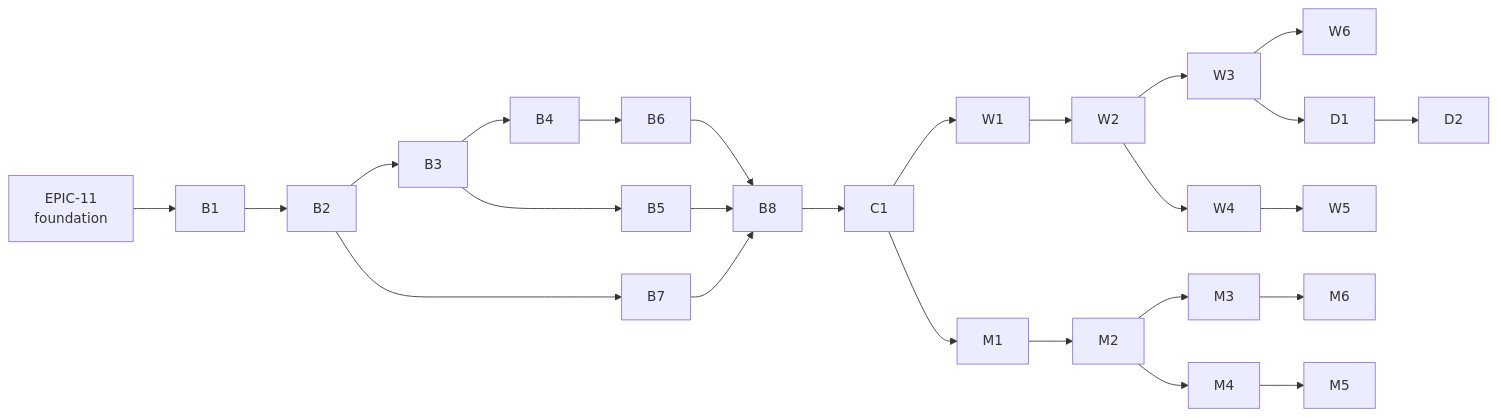
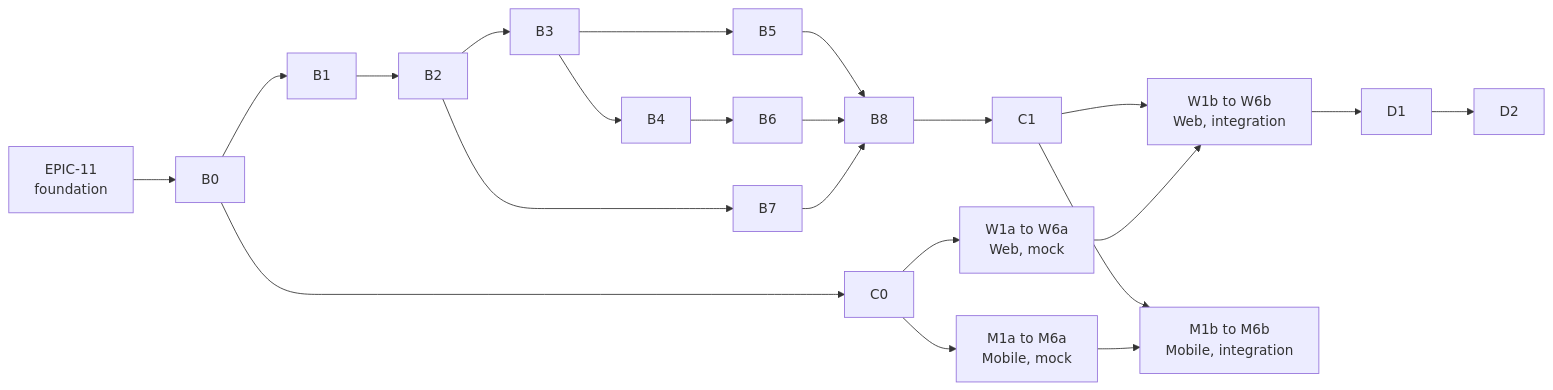
Before and after one commit to huynguyennang-agilityio/tripmate-docs: the third of 3 diagrams in docs/specs/epic-01/spec.md, drawn with Mermaid. The commit also changed other lines of this file and 3 other files, not shown here.

First line of the commit message:
EPIC-01 spec v1.1: mock and integration cards so FE and BE run in parallel

````diff
--- a/docs/specs/epic-01/spec.md
+++ b/docs/specs/epic-01/spec.md
@@ -220,15 +227,18 @@
 ```mermaid
 flowchart LR
-    F["EPIC-11<br/>foundation"] --> B1 --> B2 --> B3 --> B4 --> B6
+    F["EPIC-11<br/>foundation"] --> B0 --> C0
+    B0 --> B1 --> B2 --> B3 --> B4 --> B6
     B3 --> B5
     B2 --> B7
     B5 --> B8
     B6 --> B8
     B7 --> B8
     B8 --> C1
-    C1 --> W1 --> W2 --> W3 --> W6
-    W2 --> W4 --> W5
-    C1 --> M1 --> M2 --> M3 --> M6
-    M2 --> M4 --> M5
-    W3 --> D1 --> D2
+    C0 --> WA["W1a to W6a<br/>Web, mock"]
+    C0 --> MA["M1a to M6a<br/>Mobile, mock"]
+    C1 --> WB["W1b to W6b<br/>Web, integration"]
+    C1 --> MB["M1b to M6b<br/>Mobile, integration"]
+    WA --> WB
+    MA --> MB
+    WB --> D1 --> D2
 ```
````
